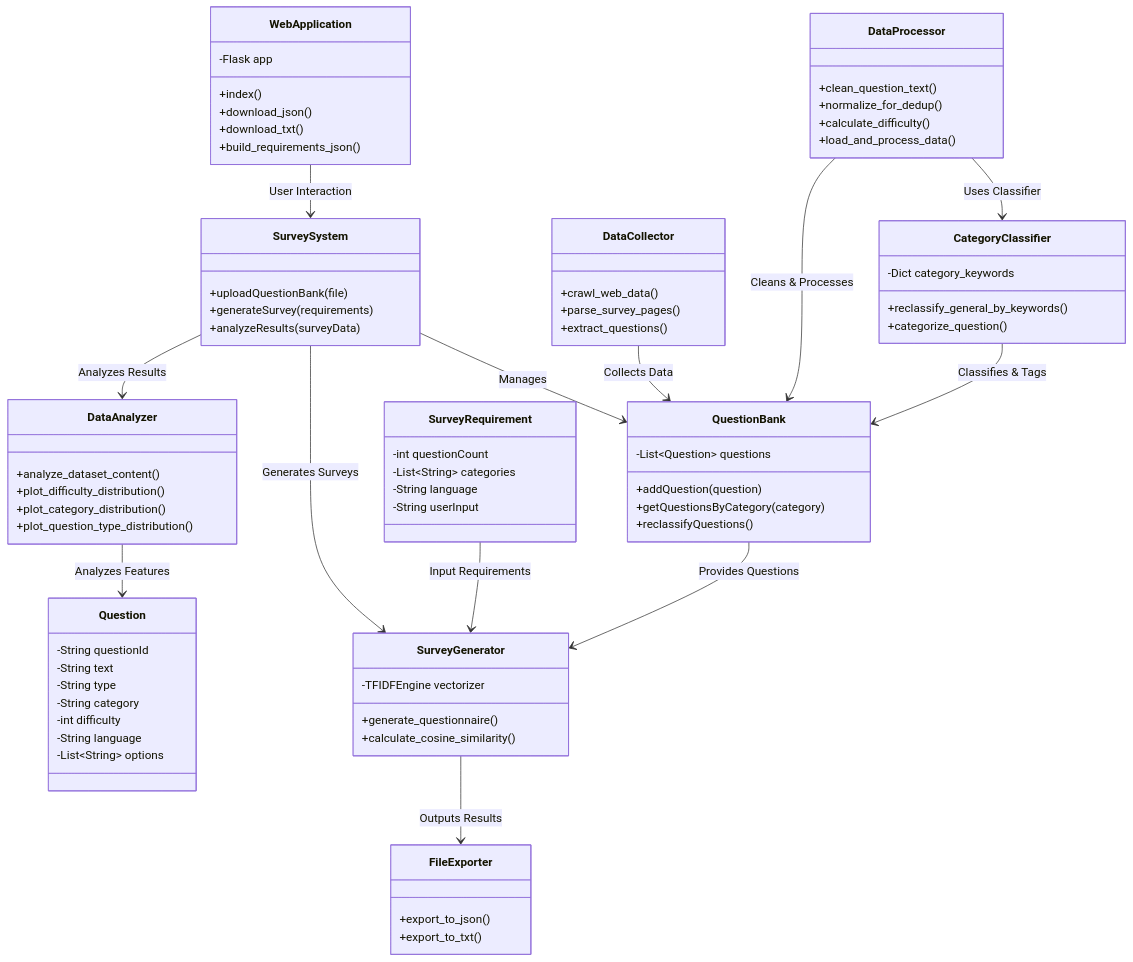
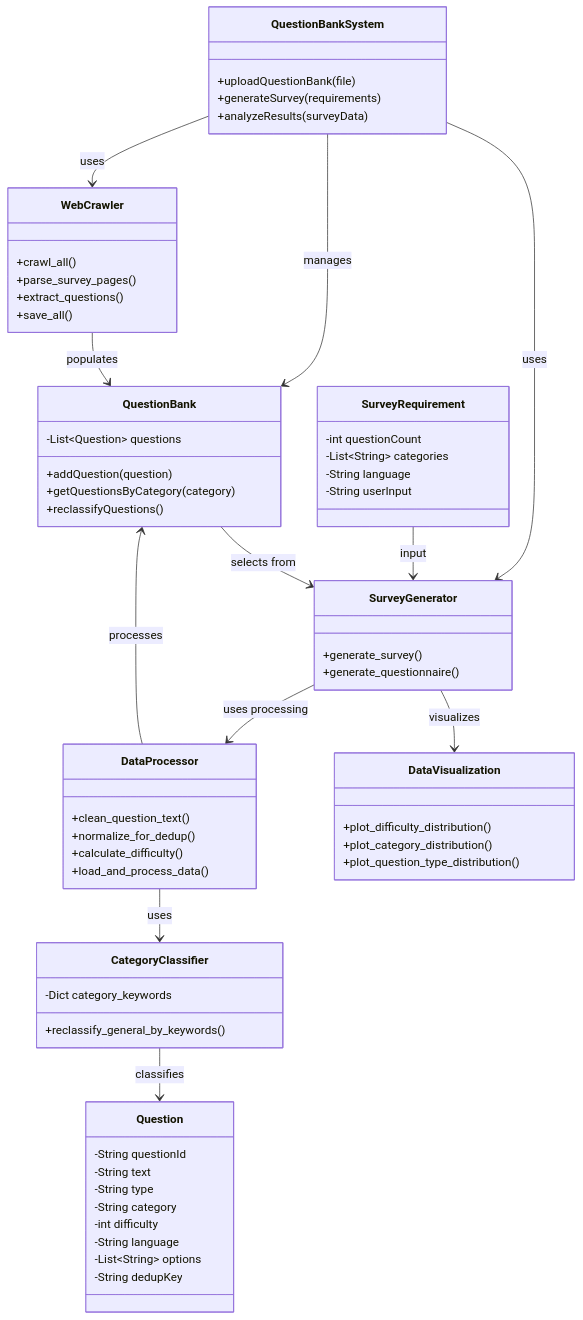
Before and after one commit to decieve4/7008-Group-Project: the diagram in functional_oo_diagram.mmd, drawn with Mermaid.

```diff
--- a/functional_oo_diagram.mmd
+++ b/functional_oo_diagram.mmd
@@ -1,103 +1,88 @@
 ---
 config:
   layout: dagre
   theme: mc
 ---
 classDiagram
-    %% Core System Classes
-    class SurveySystem {
+    %% Core System Classes (Based on actual code)
+    class QuestionBankSystem {
         +uploadQuestionBank(file)
         +generateSurvey(requirements)
         +analyzeResults(surveyData)
-    }
-    
-    class WebApplication {
-        -Flask app
-        +index()
-        +download_json()
-        +download_txt()
-        +build_requirements_json()
     }
     
     %% Data Layer Classes
     class QuestionBank {
         -List~Question~ questions
         +addQuestion(question)
         +getQuestionsByCategory(category)
         +reclassifyQuestions()
     }
     
     class Question {
         -String questionId
         -String text
         -String type
         -String category
         -int difficulty
         -String language
         -List~String~ options
+        -String dedupKey
     }
     
     class SurveyRequirement {
         -int questionCount
         -List~String~ categories
         -String language
         -String userInput
     }
     
-    %% Processing Engine Classes
-    class DataCollector {
-        +crawl_web_data()
+    %% Processing Engine Classes (From actual code)
+    class WebCrawler {
+        +crawl_all()
         +parse_survey_pages()
         +extract_questions()
+        +save_all()
     }
     
     class DataProcessor {
         +clean_question_text()
         +normalize_for_dedup()
         +calculate_difficulty()
         +load_and_process_data()
     }
     
     class CategoryClassifier {
         -Dict category_keywords
         +reclassify_general_by_keywords()
-        +categorize_question()
     }
     
     class SurveyGenerator {
-        -TFIDFEngine vectorizer
+        +generate_survey()
         +generate_questionnaire()
-        +calculate_cosine_similarity()
     }
     
-    class DataAnalyzer {
-        +analyze_dataset_content()
+    class DataVisualization {
         +plot_difficulty_distribution()
         +plot_category_distribution()
         +plot_question_type_distribution()
     }
     
-    class FileExporter {
-        +export_to_json()
-        +export_to_txt()
-    }
-    
     %% Core System Relationships
-    WebApplication --> SurveySystem : User Interaction
-    SurveySystem --> QuestionBank : Manages
-    SurveySystem --> SurveyGenerator : Generates Surveys
-    SurveySystem --> DataAnalyzer : Analyzes Results
+    QuestionBankSystem --> QuestionBank : manages
+    QuestionBankSystem --> WebCrawler : uses
+    QuestionBankSystem --> SurveyGenerator : uses
     
     %% Data Processing Pipeline
-    DataCollector --> QuestionBank : Collects Data
-    DataProcessor --> QuestionBank : Cleans & Processes
-    CategoryClassifier --> QuestionBank : Classifies & Tags
+    WebCrawler --> QuestionBank : populates
+    DataProcessor --> QuestionBank : processes
+    CategoryClassifier --> Question : classifies
     
     %% Survey Generation Flow
-    SurveyRequirement --> SurveyGenerator : Input Requirements
-    QuestionBank --> SurveyGenerator : Provides Questions
-    SurveyGenerator --> FileExporter : Outputs Results
+    SurveyRequirement --> SurveyGenerator : input
+    QuestionBank --> SurveyGenerator : selects from
+    SurveyGenerator --> DataVisualization : visualizes
     
     %% Component Dependencies
-    DataProcessor --> CategoryClassifier : Uses Classifier
-    DataAnalyzer --> Question : Analyzes Features
+    DataProcessor --> CategoryClassifier : uses
+    SurveyGenerator --> DataProcessor : uses processing
```
